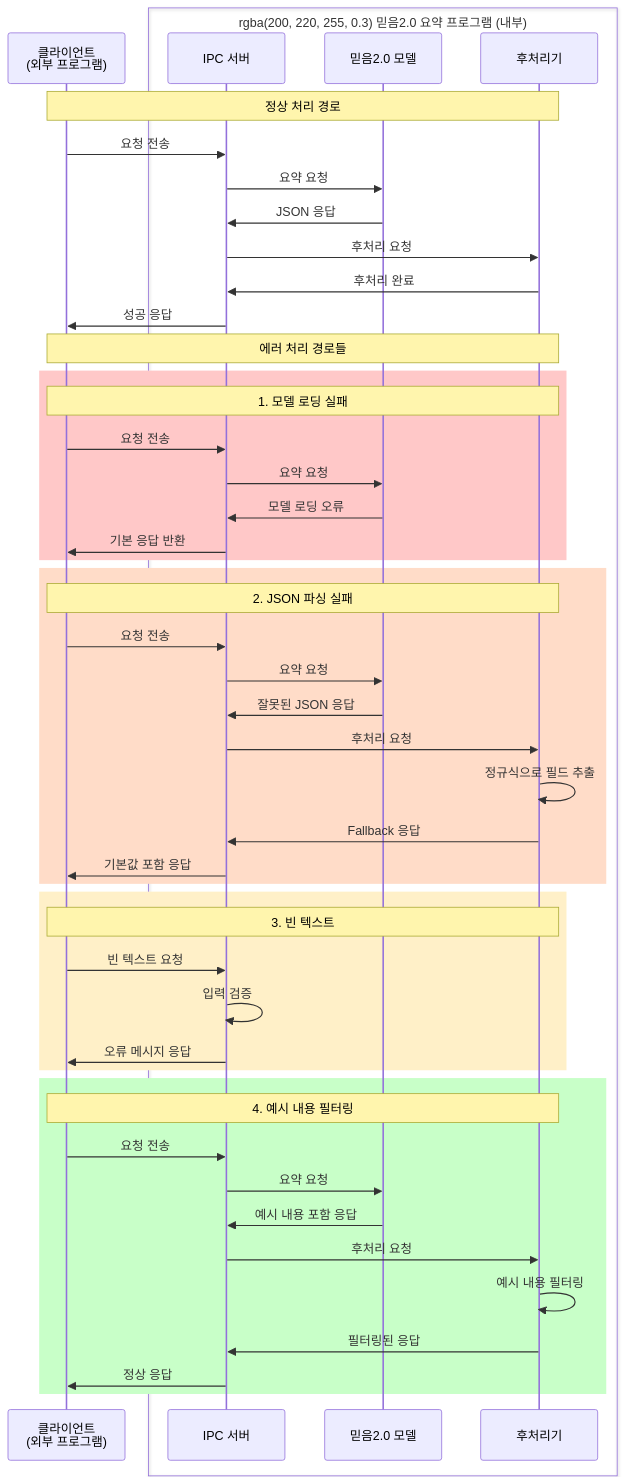
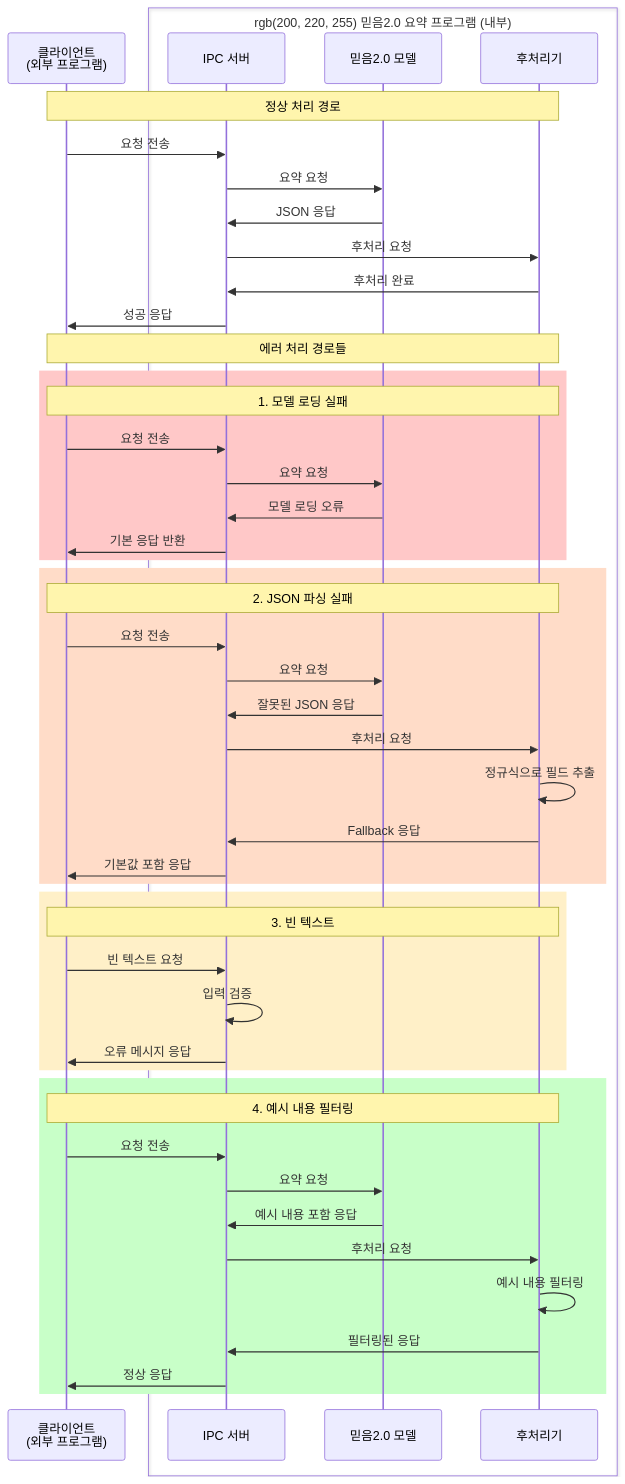
The third of 5 diagrams in sequence_diagram.md (hak023/gemma-summarizer-poc), drawn with Mermaid before and after one commit. The commit also changed other lines of this file and 2 other files, not shown here.

First line of the commit message:
모든 다이어그램에 외부/내부 프로그램 구분 적용 및 rgba->rgb 변경

````diff
--- a/sequence_diagram.md
+++ b/sequence_diagram.md
@@ -113,56 +113,56 @@
 ```mermaid
 sequenceDiagram
     participant Client as 클라이언트<br/>(외부 프로그램)
     
-    box rgba(200, 220, 255, 0.3) 믿음2.0 요약 프로그램 (내부)
+    box rgb(200, 220, 255) 믿음2.0 요약 프로그램 (내부)
         participant IPC as IPC 서버
         participant Gemma as 믿음2.0 모델
         participant Postprocessor as 후처리기
     end
 
     Note over Client,Postprocessor: 정상 처리 경로
     Client->>IPC: 요청 전송
     IPC->>Gemma: 요약 요청
     Gemma->>IPC: JSON 응답
     IPC->>Postprocessor: 후처리 요청
     Postprocessor->>IPC: 후처리 완료
     IPC->>Client: 성공 응답
 
     Note over Client,Postprocessor: 에러 처리 경로들
     rect rgb(255, 200, 200)
         Note over Client,Postprocessor: 1. 모델 로딩 실패
         Client->>IPC: 요청 전송
         IPC->>Gemma: 요약 요청
         Gemma->>IPC: 모델 로딩 오류
         IPC->>Client: 기본 응답 반환
     end
 
     rect rgb(255, 220, 200)
         Note over Client,Postprocessor: 2. JSON 파싱 실패
         Client->>IPC: 요청 전송
         IPC->>Gemma: 요약 요청
         Gemma->>IPC: 잘못된 JSON 응답
         IPC->>Postprocessor: 후처리 요청
         Postprocessor->>Postprocessor: 정규식으로 필드 추출
         Postprocessor->>IPC: Fallback 응답
         IPC->>Client: 기본값 포함 응답
     end
 
     rect rgb(255, 240, 200)
         Note over Client,Postprocessor: 3. 빈 텍스트
         Client->>IPC: 빈 텍스트 요청
         IPC->>IPC: 입력 검증
         IPC->>Client: 오류 메시지 응답
     end
 
     rect rgb(200, 255, 200)
         Note over Client,Postprocessor: 4. 예시 내용 필터링
         Client->>IPC: 요청 전송
         IPC->>Gemma: 요약 요청
         Gemma->>IPC: 예시 내용 포함 응답
         IPC->>Postprocessor: 후처리 요청
         Postprocessor->>Postprocessor: 예시 내용 필터링
         Postprocessor->>IPC: 필터링된 응답
         IPC->>Client: 정상 응답
     end
 ```
````
